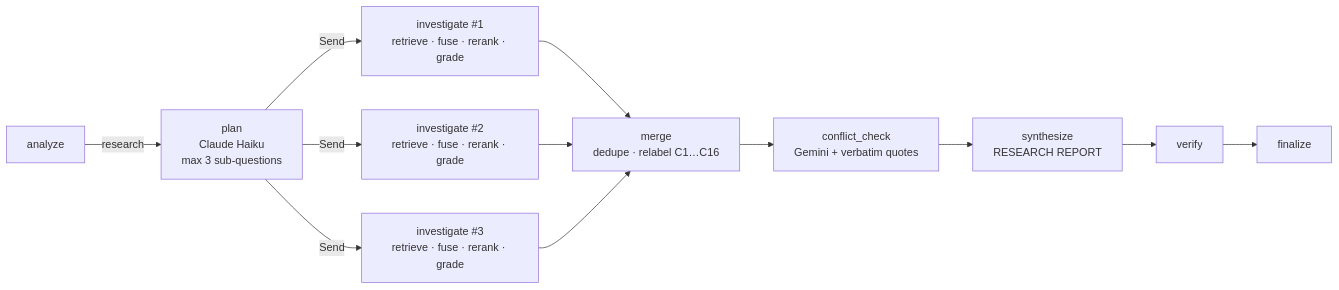
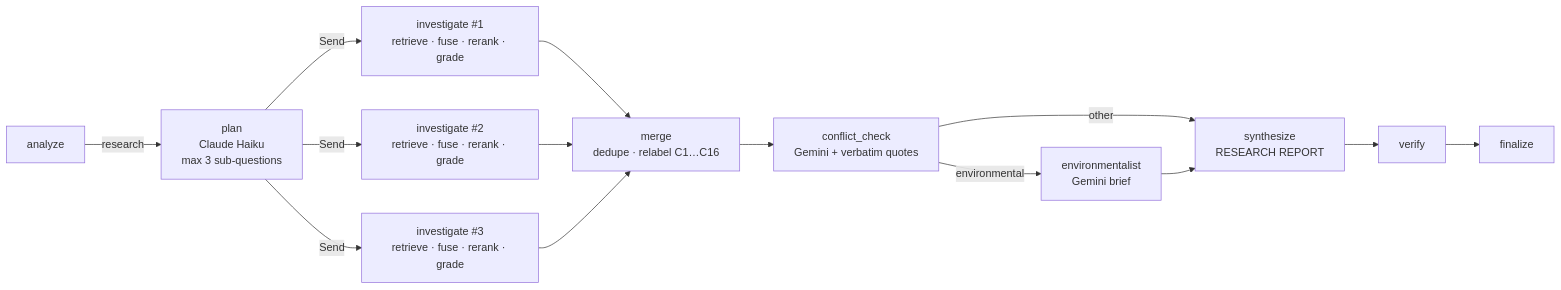
One commit to BeauBryanDev/crocol changed the fourth of 9 diagrams in README.md. Above: the diagram before and after it, drawn with Mermaid. The commit also changed other lines of this file and 4 other files, not shown here.

````diff
--- a/README.md
+++ b/README.md
@@ -326,13 +380,15 @@
 ```mermaid
 flowchart LR
   A[analyze] -->|research| P["plan<br/>Claude Haiku<br/>max 3 sub-questions"]
   P -->|Send| I1["investigate #1<br/>retrieve · fuse · rerank · grade"]
   P -->|Send| I2["investigate #2<br/>retrieve · fuse · rerank · grade"]
   P -->|Send| I3["investigate #3<br/>retrieve · fuse · rerank · grade"]
   I1 --> M["merge<br/>dedupe · relabel C1…C16"]
   I2 --> M
   I3 --> M
   M --> C["conflict_check<br/>Gemini + verbatim quotes"]
-  C --> S["synthesize<br/>RESEARCH REPORT"]
+  C -->|environmental| E["environmentalist<br/>Gemini brief"]
+  C -->|other| S["synthesize<br/>RESEARCH REPORT"]
+  E --> S
   S --> V[verify] --> F[finalize]
 ```
````
